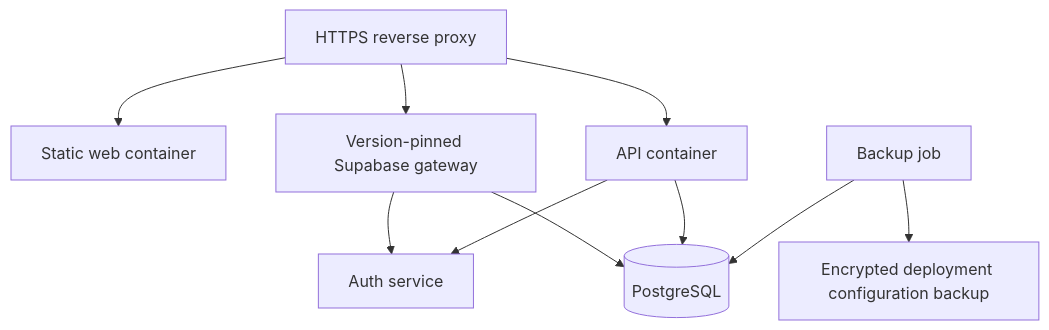
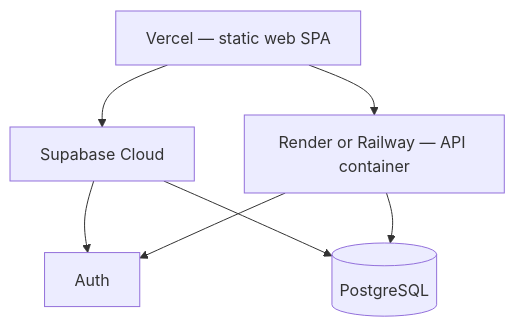
One commit to dufferx/goal-tracker changed the fourth of 4 diagrams in docs/GoalTracker_Architecture_Blueprint.md. Above: the diagram before and after it, drawn with Mermaid. The commit also changed other lines of this file and 11 other files, not shown here.

````diff
--- a/docs/GoalTracker_Architecture_Blueprint.md
+++ b/docs/GoalTracker_Architecture_Blueprint.md
@@ -157,13 +159,12 @@
 ```mermaid
 flowchart TB
-    RP[HTTPS reverse proxy]
-    RP --> WEB[Static web container]
-    RP --> API[API container]
-    RP --> SB[Version-pinned Supabase gateway]
-    SB --> AUTH[Auth service]
+    V[Vercel — static web SPA]
+    R[Render or Railway — API container]
+    SB[Supabase Cloud]
+    SB --> AUTH[Auth]
     SB --> PG[(PostgreSQL)]
-    API --> AUTH
-    API --> PG
-    BK[Backup job] --> PG
-    BK --> CFG[Encrypted deployment configuration backup]
+    V --> R
+    V --> SB
+    R --> AUTH
+    R --> PG
 ```
````
